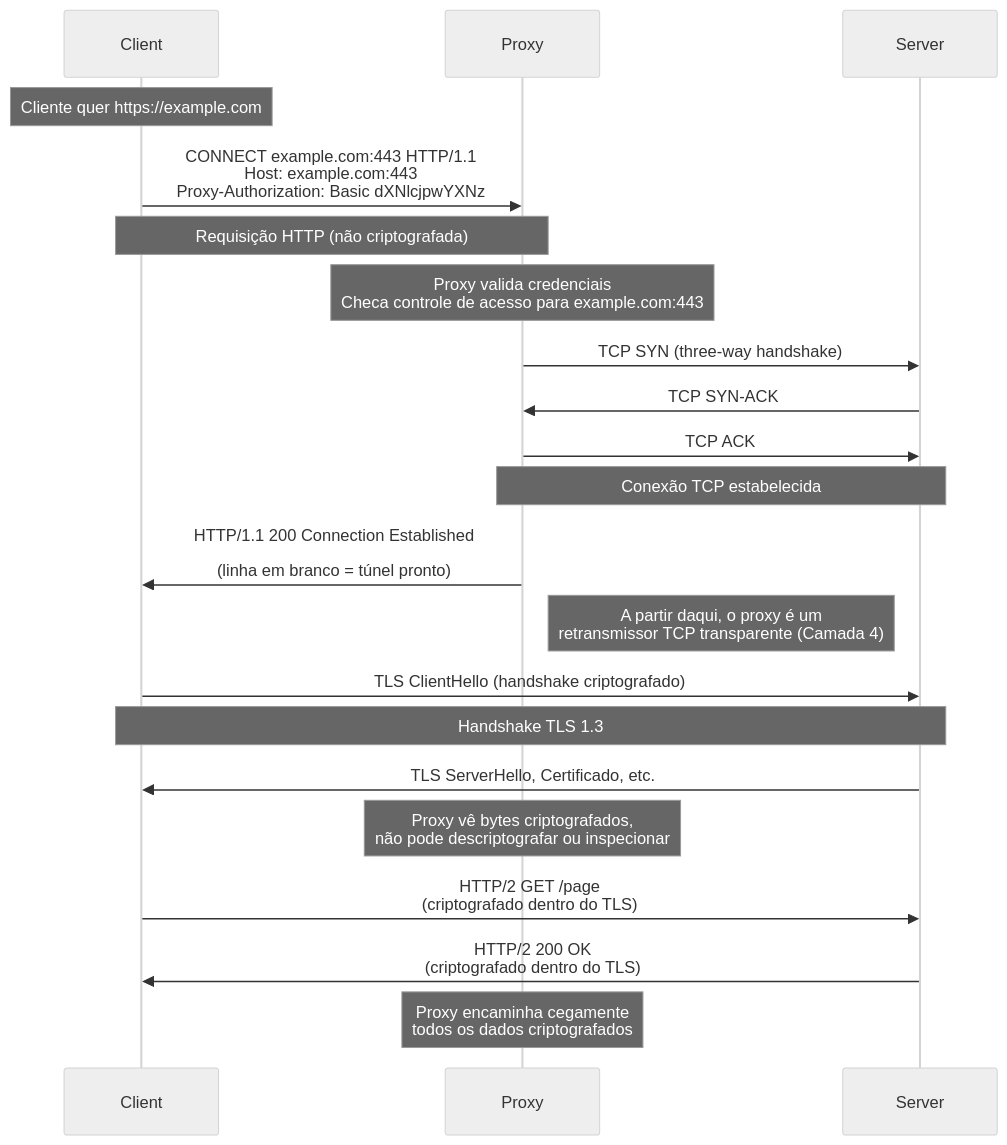
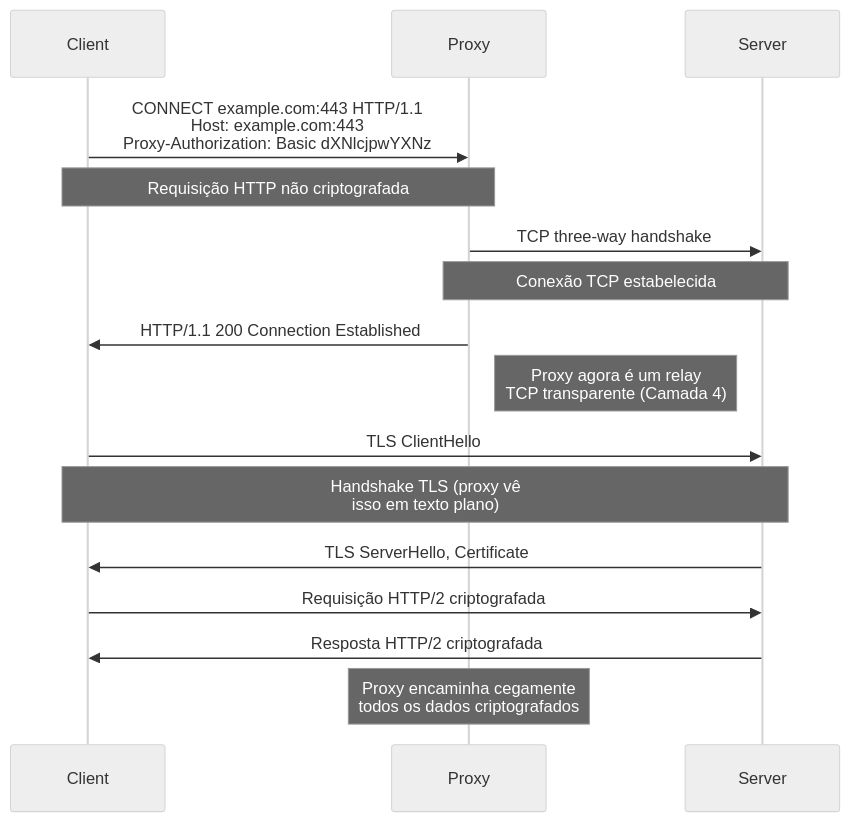
The second of 2 diagrams in docs/pt/deep-dive/network/http-proxies.md (autoscrape-labs/pydoll), drawn with Mermaid (neutral theme) before and after one commit. The commit also changed other lines of this file and 9 other files, not shown here.

````diff
--- a/docs/pt/deep-dive/network/http-proxies.md
+++ b/docs/pt/deep-dive/network/http-proxies.md
@@ -277,33 +70,25 @@
 ```mermaid
 sequenceDiagram
     participant Client
     participant Proxy
     participant Server
-    
-    Note over Client: Cliente quer https://example.com
-    
+
     Client->>Proxy: CONNECT example.com:443 HTTP/1.1<br/>Host: example.com:443<br/>Proxy-Authorization: Basic dXNlcjpwYXNz
-    Note over Client,Proxy: Requisição HTTP (não criptografada)
-    
-    Note over Proxy: Proxy valida credenciais<br/>Checa controle de acesso para example.com:443
-    
-    Proxy->>Server: TCP SYN (three-way handshake)
-    Server->>Proxy: TCP SYN-ACK
-    Proxy->>Server: TCP ACK
+    Note over Client,Proxy: Requisição HTTP não criptografada
+
+    Proxy->>Server: TCP three-way handshake
     Note over Proxy,Server: Conexão TCP estabelecida
-    
-    Proxy->>Client: HTTP/1.1 200 Connection Established<br/><br/>(linha em branco = túnel pronto)
-    
-    Note right of Proxy: A partir daqui, o proxy é um<br/>retransmissor TCP transparente (Camada 4)
-    
-    Client->>Server: TLS ClientHello (handshake criptografado)
-    Note over Client,Server: Handshake TLS 1.3
-    Server->>Client: TLS ServerHello, Certificado, etc.
-    
-    Note over Proxy: Proxy vê bytes criptografados,<br/>não pode descriptografar ou inspecionar
-    
-    Client->>Server: HTTP/2 GET /page<br/>(criptografado dentro do TLS)
-    Server->>Client: HTTP/2 200 OK<br/>(criptografado dentro do TLS)
-    
+
+    Proxy->>Client: HTTP/1.1 200 Connection Established
+
+    Note right of Proxy: Proxy agora é um relay<br/>TCP transparente (Camada 4)
+
+    Client->>Server: TLS ClientHello
+    Note over Client,Server: Handshake TLS (proxy vê<br/>isso em texto plano)
+    Server->>Client: TLS ServerHello, Certificate
+
+    Client->>Server: Requisição HTTP/2 criptografada
+    Server->>Client: Resposta HTTP/2 criptografada
+
     Note over Proxy: Proxy encaminha cegamente<br/>todos os dados criptografados
 ```
````
